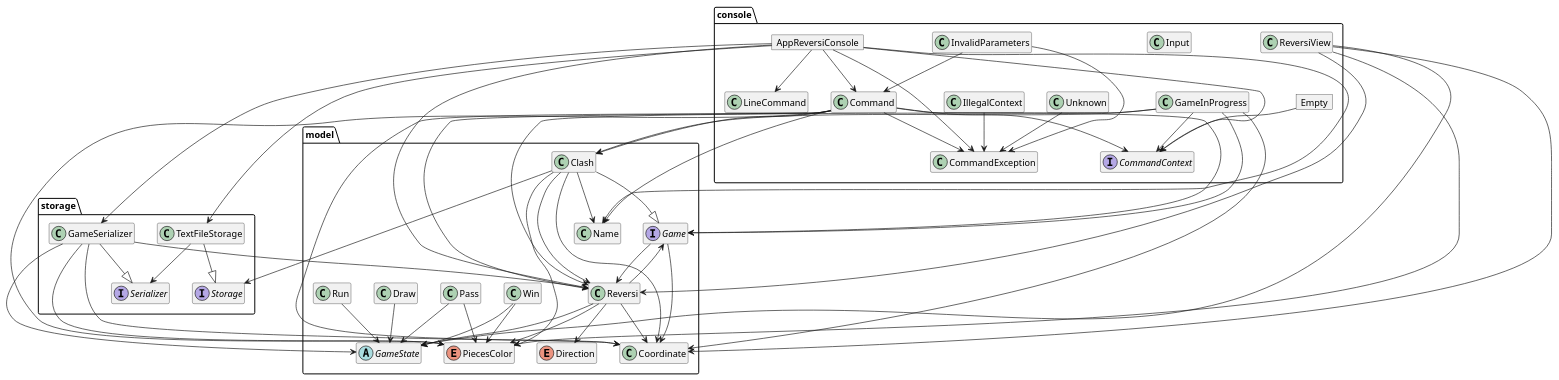
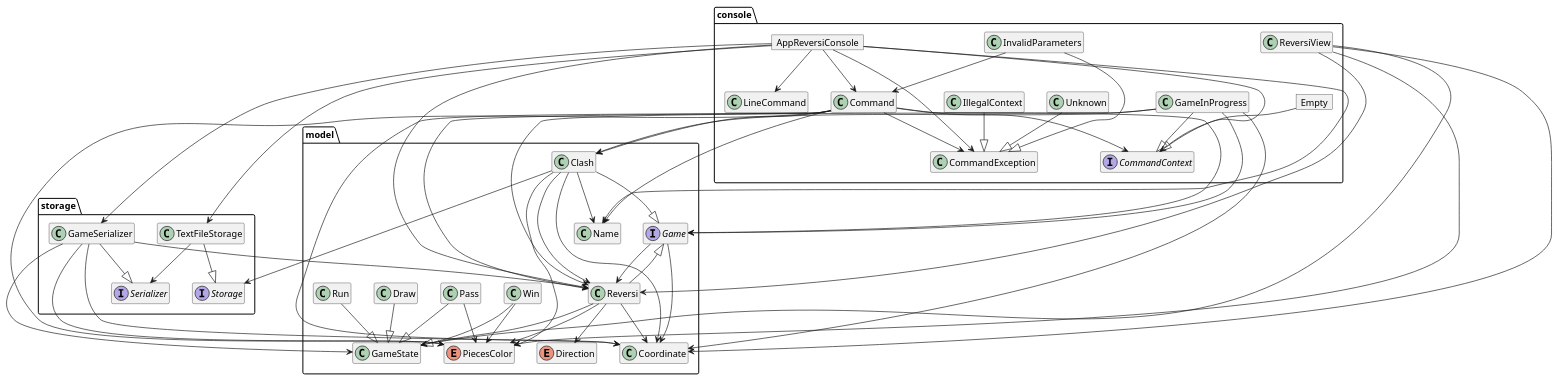
Before and after one commit to gbf96/Reversi_Game: the diagram in docs/diagrams/ModelTypes.puml, drawn with PlantUML. The commit also changed 3 other files, not shown here.

Commit message:
Diagrams final version.

```diff
--- a/docs/diagrams/ModelTypes.puml
+++ b/docs/diagrams/ModelTypes.puml
@@ -1,108 +1,107 @@
 @startuml
 
 ' https://plantuml.com/class-diagram
 
 hide empty members
 
 package console {
     object AppReversiConsole
     class Command
     interface CommandContext
     class CommandException
     object Empty
     class GameInProgress
     class IllegalContext
-    class Input
     class InvalidParameters
     class LineCommand
     class Unknown
     class ReversiView
 
     AppReversiConsole --> Command
     AppReversiConsole --> LineCommand
     AppReversiConsole --> CommandContext
     AppReversiConsole --> CommandException
-    Empty --> CommandContext
-    GameInProgress --> CommandContext
-    IllegalContext --> CommandException
-    InvalidParameters --> CommandException
+    Empty --|> CommandContext
+    GameInProgress --|> CommandContext
+    IllegalContext --|> CommandException
+    InvalidParameters --|> CommandException
     InvalidParameters --> Command
-    Unknown --> CommandException
+    Unknown --|> CommandException
     Command --> CommandContext
     Command --> CommandException
 }
 
 package model {
     interface Game
     class Reversi
     class Clash
     class Coordinate
     enum Direction
     class Name
     enum PiecesColor
-    abstract class GameState
+    class GameState
     class Win
     class Draw
     class Run
     class Pass
 
     Clash --> Coordinate
     Clash --|> Game
     Clash --> Name
     Clash --> PiecesColor
     Clash --> Reversi
     Game --> Coordinate
     Game --> Reversi
-    Draw --> GameState
-    Pass --> GameState
-    Run --> GameState
-    Win --> GameState
+    Draw --|> GameState
+    Pass --|> GameState
+    Run --|> GameState
+    Win --|> GameState
     Reversi --> Coordinate
     Reversi --> Direction
-    Reversi --> Game
+    Reversi --|> Game
     Reversi --> GameState
     Reversi --> PiecesColor
 
 }
 
 package storage {
     interface Storage
     interface Serializer
     class TextFileStorage
     class GameSerializer
 
     TextFileStorage --|> Storage
     GameSerializer --|> Serializer
     TextFileStorage --> Serializer
 }
 
 AppReversiConsole --> Name
 AppReversiConsole --> Reversi
 AppReversiConsole --> GameSerializer
 AppReversiConsole --> TextFileStorage
 GameInProgress --> Clash
 GameInProgress --> Coordinate
 GameInProgress --> Game
 GameInProgress --> Reversi
 Command --> Clash
 Command --> Coordinate
 Command --> Game
 Command --> Name
 Command --> PiecesColor
 Command --> Reversi
 ReversiView --> Coordinate
 ReversiView --> GameState
 ReversiView --> PiecesColor
 ReversiView --> Reversi
 
 
 Clash --> Storage
 Win --> PiecesColor
 Pass --> PiecesColor
 
 GameSerializer --> Coordinate
 GameSerializer --> GameState
 GameSerializer --> PiecesColor
 GameSerializer --> Reversi
 
 @enduml
```
